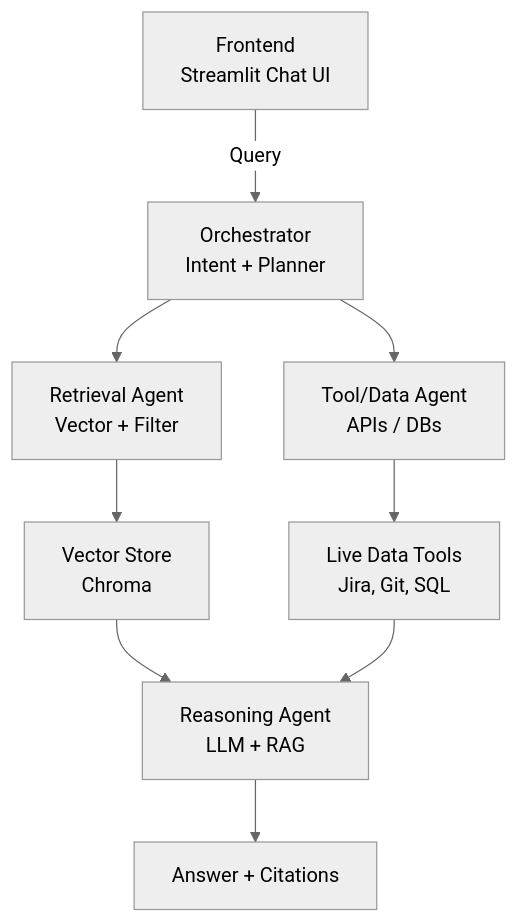
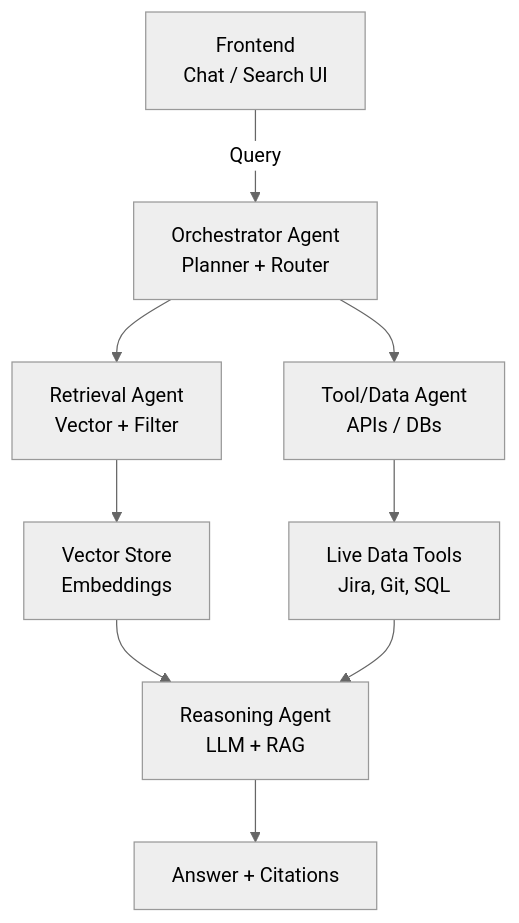
The diagram in diagram/architecture.mmd (anshitaarya17/ai-builders), drawn with Mermaid (neutral theme) before and after one commit.

Commit message:
Upgrade search with OpenAI integration and professional UI
- Add OpenAI embeddings + GPT-4o answers (optional, auto-detected)
- Graceful fallback to TF-IDF when offline
- Professional UI with formatted data display
- Icons and type badges for data sources
- 3s timeout for API connections
- Port reuse to prevent address in use errors
- Updated README with current architecture
- Removed abandoned Streamlit app

```diff
--- a/diagram/architecture.mmd
+++ b/diagram/architecture.mmd
@@ -1,9 +1,9 @@
 flowchart TB
-    A[Frontend<br/>Streamlit Chat UI] -->|Query| B[Orchestrator<br/>Intent + Planner]
+    A[Frontend<br/>Chat / Search UI] -->|Query| B[Orchestrator Agent<br/>Planner + Router]
     B --> C[Retrieval Agent<br/>Vector + Filter]
     B --> D[Tool/Data Agent<br/>APIs / DBs]
-    C --> E[Vector Store<br/>Chroma]
+    C --> E[Vector Store<br/>Embeddings]
     D --> F[Live Data Tools<br/>Jira, Git, SQL]
     E --> G[Reasoning Agent<br/>LLM + RAG]
     F --> G
     G --> H[Answer + Citations]
```
